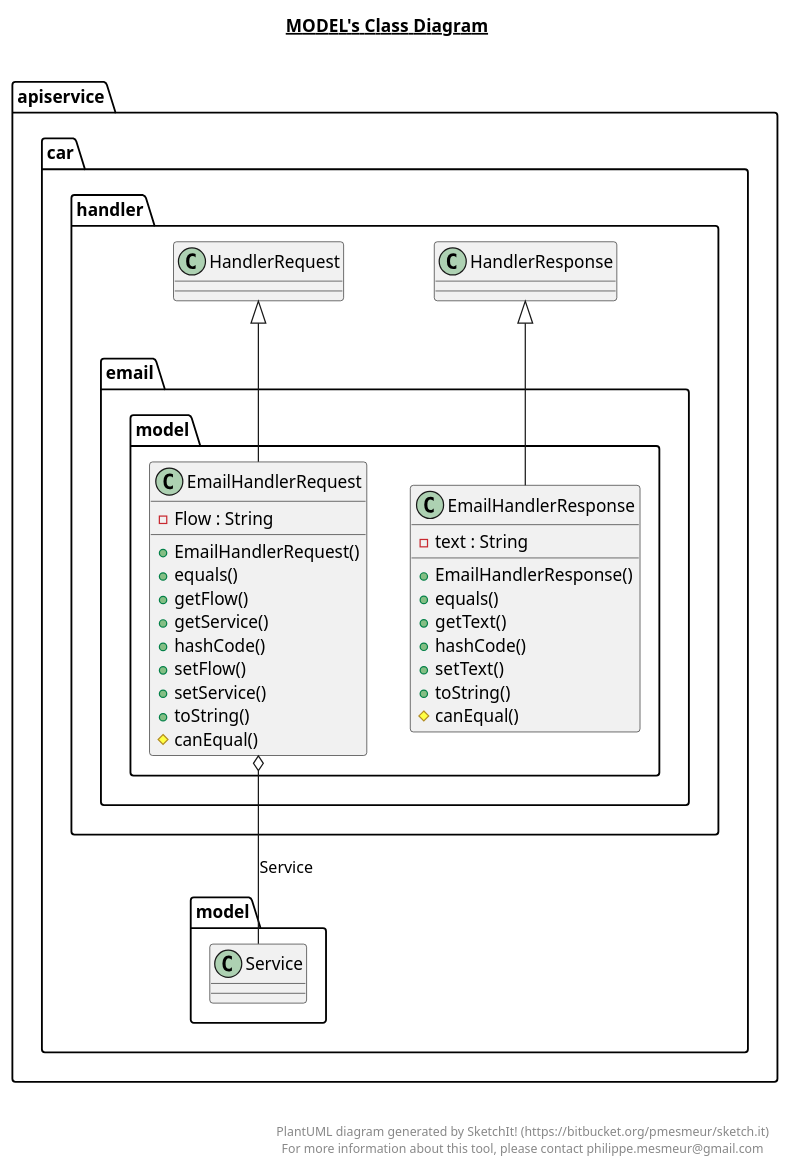
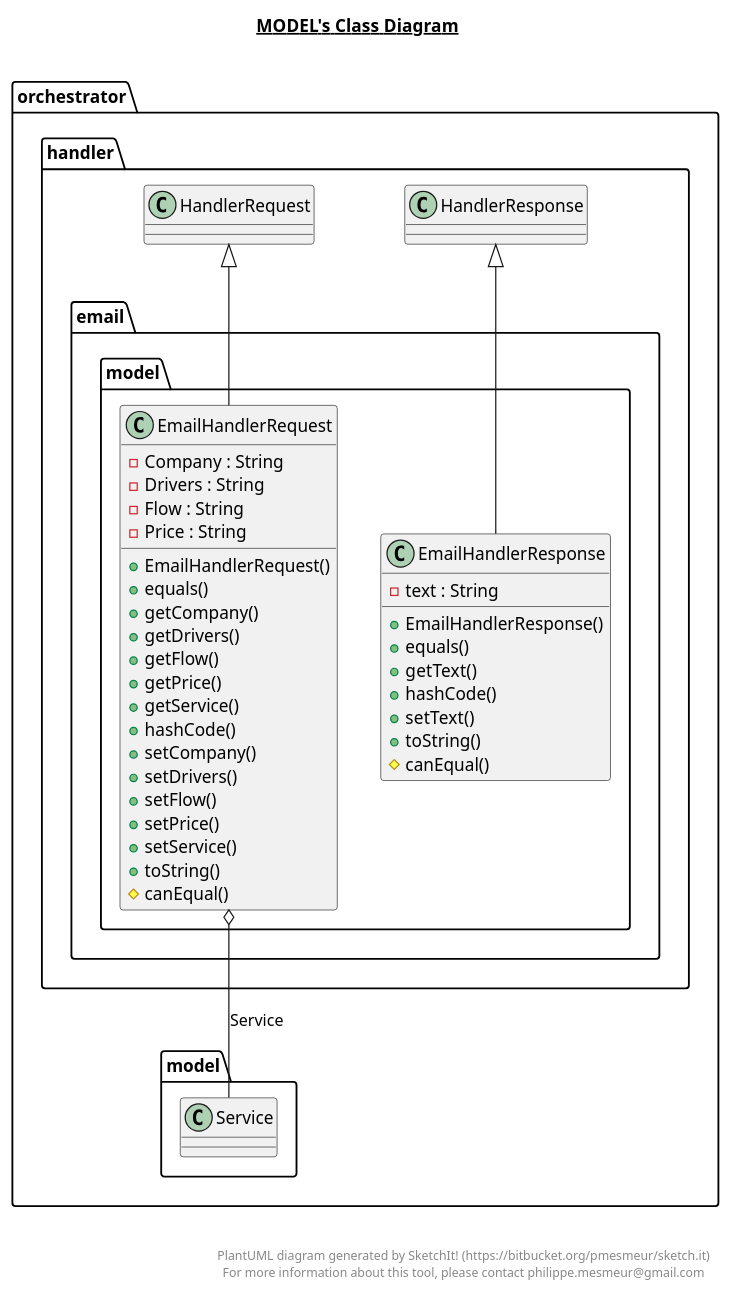
The diagram in orchestrator/src/main/java/orchestrator/handler/email/model/model.plantuml (marcllort/Car_Rental_Monorepo), drawn with PlantUML before and after one commit. The commit also changed 21 other files, not shown here.

Commit message:
Added diagrams

```diff
--- a/orchestrator/src/main/java/orchestrator/handler/email/model/model.plantuml
+++ b/orchestrator/src/main/java/orchestrator/handler/email/model/model.plantuml
@@ -1,59 +1,68 @@
 @startuml
 
 title __MODEL's Class Diagram__\n
 
-  namespace apiservice.car {
+  namespace orchestrator {
     namespace handler {
       namespace email {
         namespace model {
-          class apiservice.car.handler.email.model.EmailHandlerRequest {
+          class orchestrator.handler.email.model.EmailHandlerRequest {
+              - Company : String
+              - Drivers : String
               - Flow : String
+              - Price : String
               + EmailHandlerRequest()
               + equals()
+              + getCompany()
+              + getDrivers()
               + getFlow()
+              + getPrice()
               + getService()
               + hashCode()
+              + setCompany()
+              + setDrivers()
               + setFlow()
+              + setPrice()
               + setService()
               + toString()
               # canEqual()
           }
         }
       }
     }
   }
   
 
-  namespace apiservice.car {
+  namespace orchestrator {
     namespace handler {
       namespace email {
         namespace model {
-          class apiservice.car.handler.email.model.EmailHandlerResponse {
+          class orchestrator.handler.email.model.EmailHandlerResponse {
               - text : String
               + EmailHandlerResponse()
               + equals()
               + getText()
               + hashCode()
               + setText()
               + toString()
               # canEqual()
           }
         }
       }
     }
   }
   
 
-  apiservice.car.handler.email.model.EmailHandlerRequest -up-|> apiservice.car.handler.HandlerRequest
-  apiservice.car.handler.email.model.EmailHandlerRequest o-- apiservice.car.model.Service : Service
-  apiservice.car.handler.email.model.EmailHandlerResponse -up-|> apiservice.car.handler.HandlerResponse
+  orchestrator.handler.email.model.EmailHandlerRequest -up-|> orchestrator.handler.HandlerRequest
+  orchestrator.handler.email.model.EmailHandlerRequest o-- orchestrator.model.Service : Service
+  orchestrator.handler.email.model.EmailHandlerResponse -up-|> orchestrator.handler.HandlerResponse
 
 
 right footer
 
 
 PlantUML diagram generated by SketchIt! (https://bitbucket.org/pmesmeur/sketch.it)
 For more information about this tool, please contact philippe.mesmeur@gmail.com
 endfooter
 
 @enduml
```
